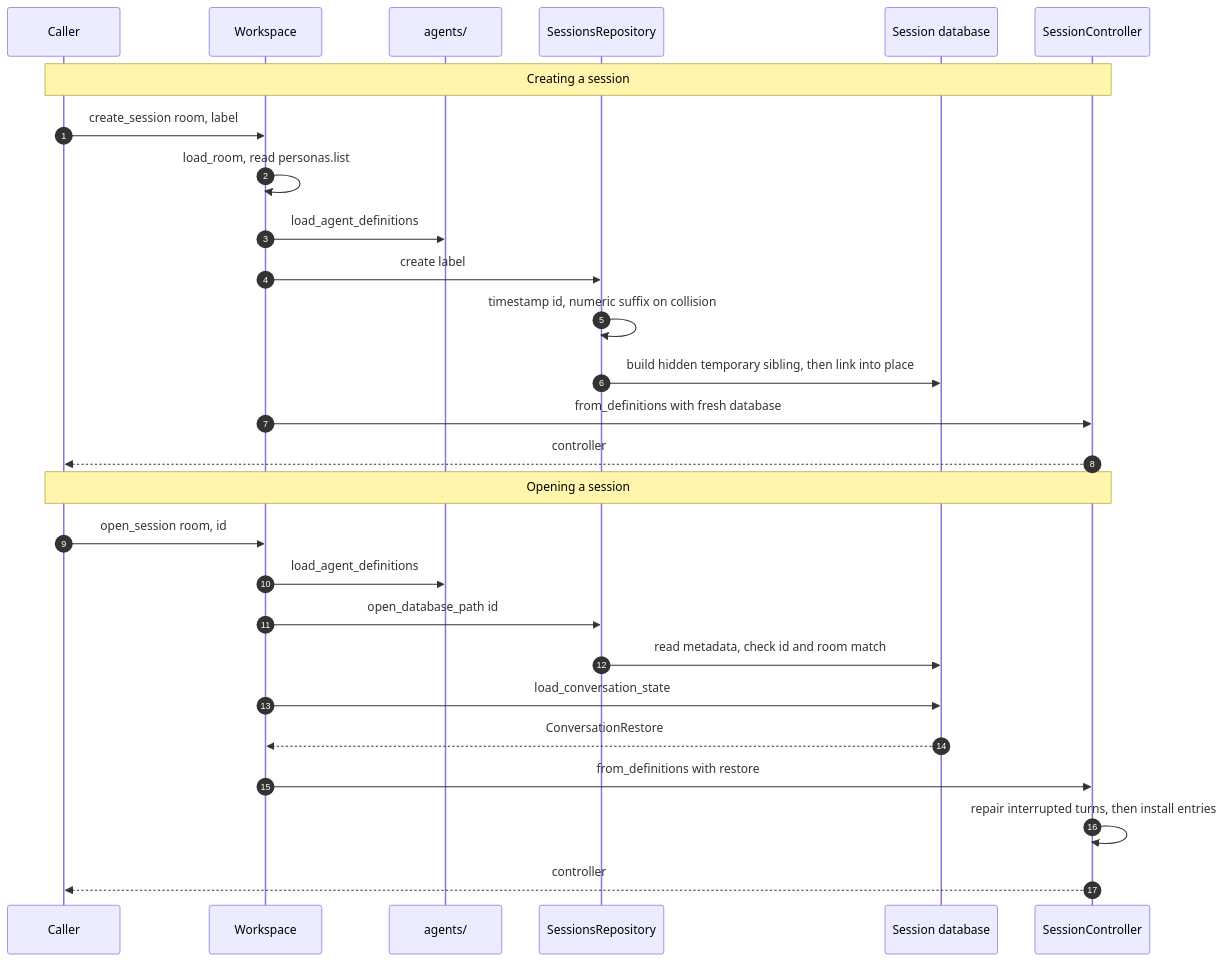
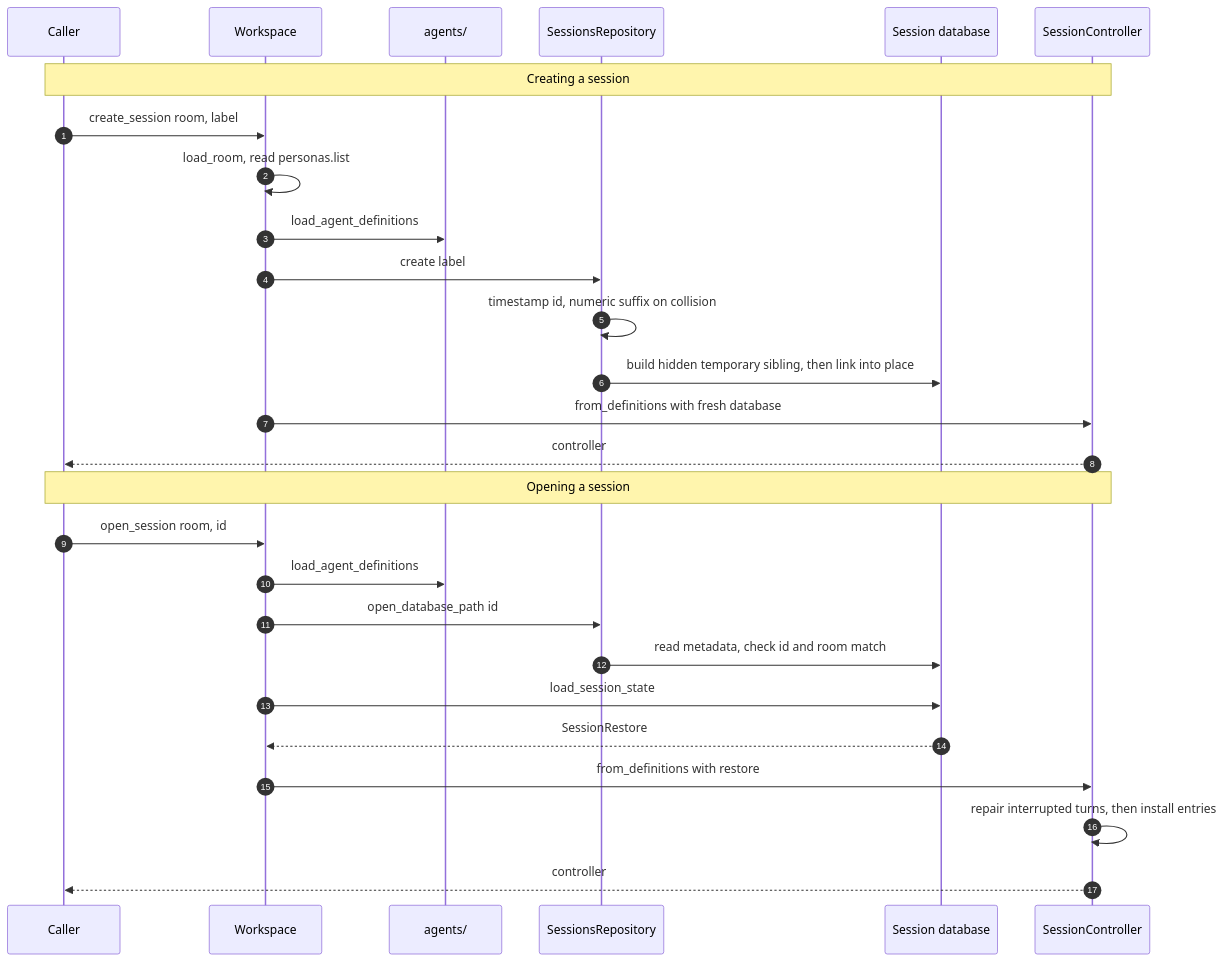
Before and after one commit to michaelpopov/cha: the second of 4 diagrams in src/session/README.md, drawn with Mermaid. The commit also changed other lines of this file and 48 other files, not shown here.

````diff
--- a/src/session/README.md
+++ b/src/session/README.md
@@ -43,31 +43,31 @@
 ```mermaid
 sequenceDiagram
     autonumber
     participant UI as Caller
     participant WS as Workspace
     participant AG as agents/
     participant RP as SessionsRepository
     participant DB as Session database
     participant CC as SessionController
 
     Note over UI,CC: Creating a session
     UI->>WS: create_session room, label
     WS->>WS: load_room, read personas.list
     WS->>AG: load_agent_definitions
     WS->>RP: create label
     RP->>RP: timestamp id, numeric suffix on collision
     RP->>DB: build hidden temporary sibling, then link into place
     WS->>CC: from_definitions with fresh database
     CC-->>UI: controller
 
     Note over UI,CC: Opening a session
     UI->>WS: open_session room, id
     WS->>AG: load_agent_definitions
     WS->>RP: open_database_path id
     RP->>DB: read metadata, check id and room match
-    WS->>DB: load_conversation_state
-    DB-->>WS: ConversationRestore
+    WS->>DB: load_session_state
+    DB-->>WS: SessionRestore
     WS->>CC: from_definitions with restore
     CC->>CC: repair interrupted turns, then install entries
     CC-->>UI: controller
 ```
````
